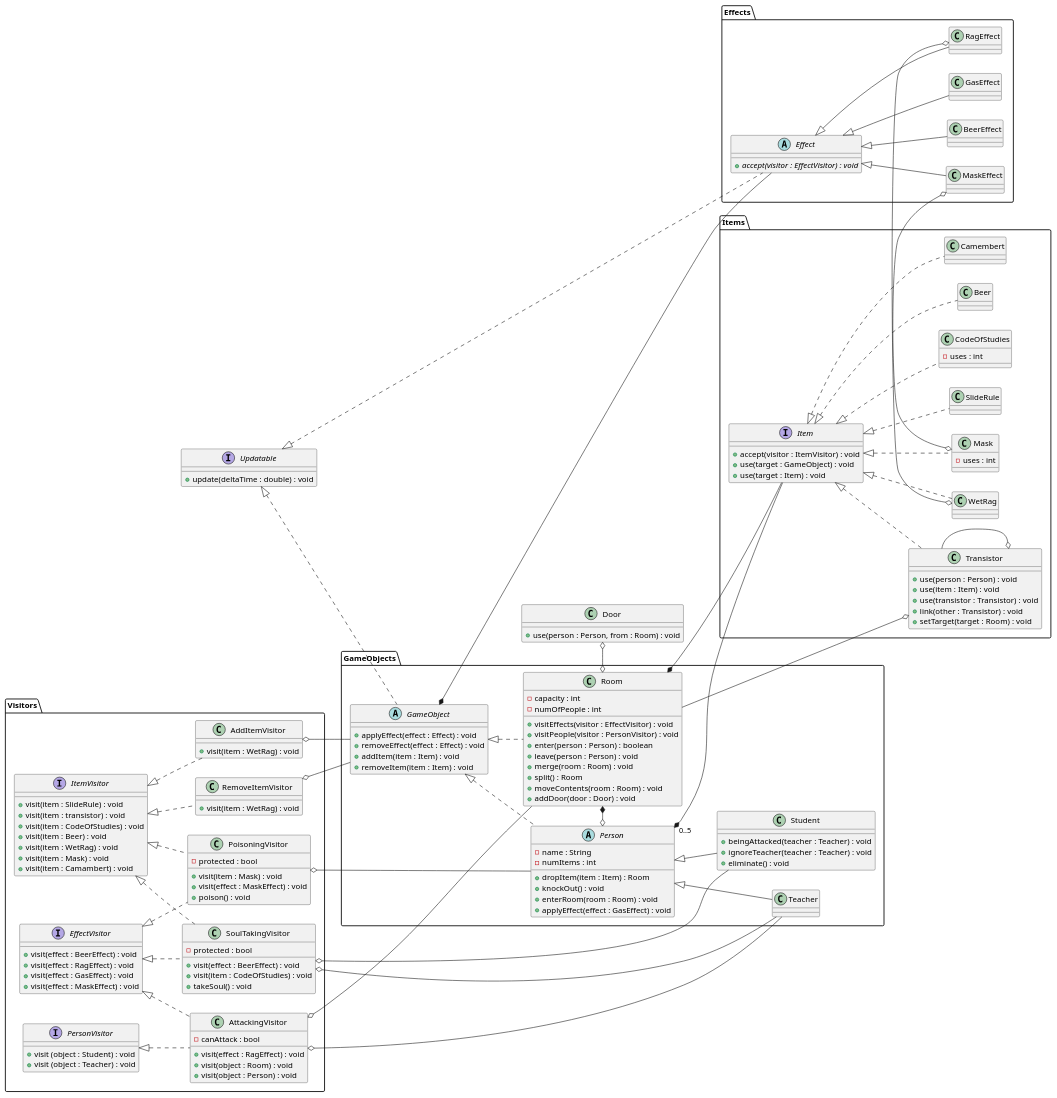
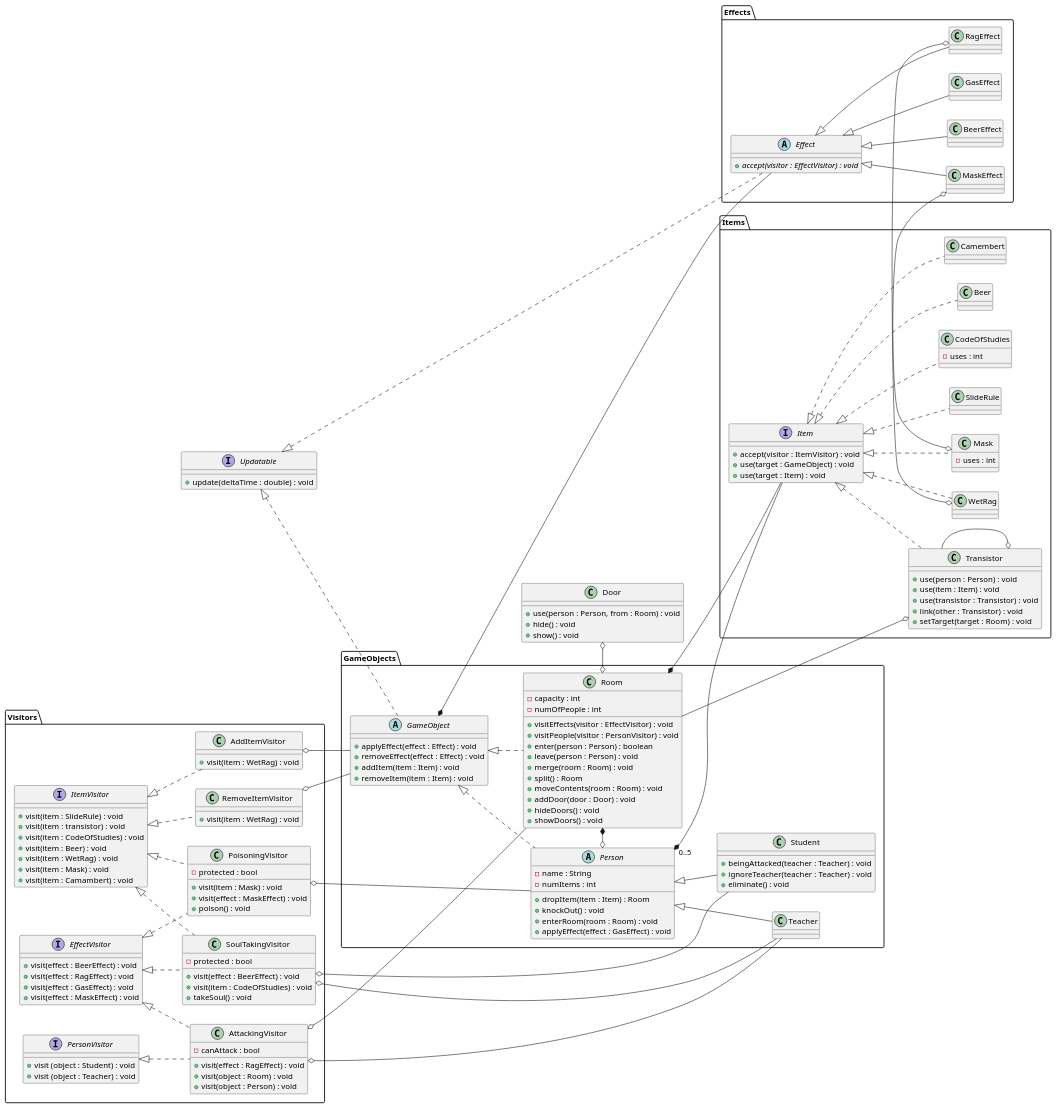
The diagram in docs/diagrams/class/overview.puml (sn4k3ch4rm3r/logarlec), drawn with PlantUML before and after one commit. The commit also changed 2 other files, not shown here.

Commit message:
Hide/Show doors

```diff
--- a/docs/diagrams/class/overview.puml
+++ b/docs/diagrams/class/overview.puml
@@ -90,12 +90,16 @@
 		+ split() : Room
 		+ moveContents(room : Room) : void
 		+ addDoor(door : Door) : void
+		+ hideDoors() : void
+		+ showDoors() : void
 	}
 }
 
 class Door {
-    +use(person : Person, from : Room) : void
-}
+    + use(person : Person, from : Room) : void
+	+ hide() : void
+	+ show() : void
+ }
 
 package Items {
 	interface Item {
```
